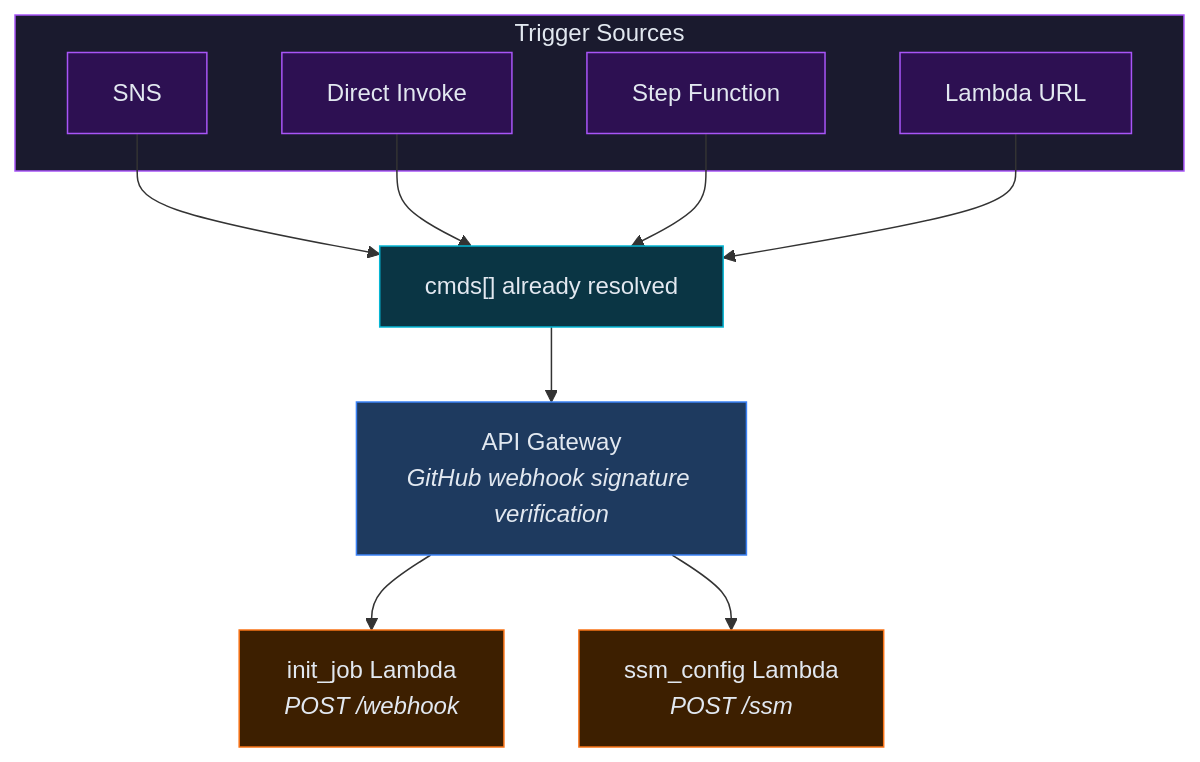
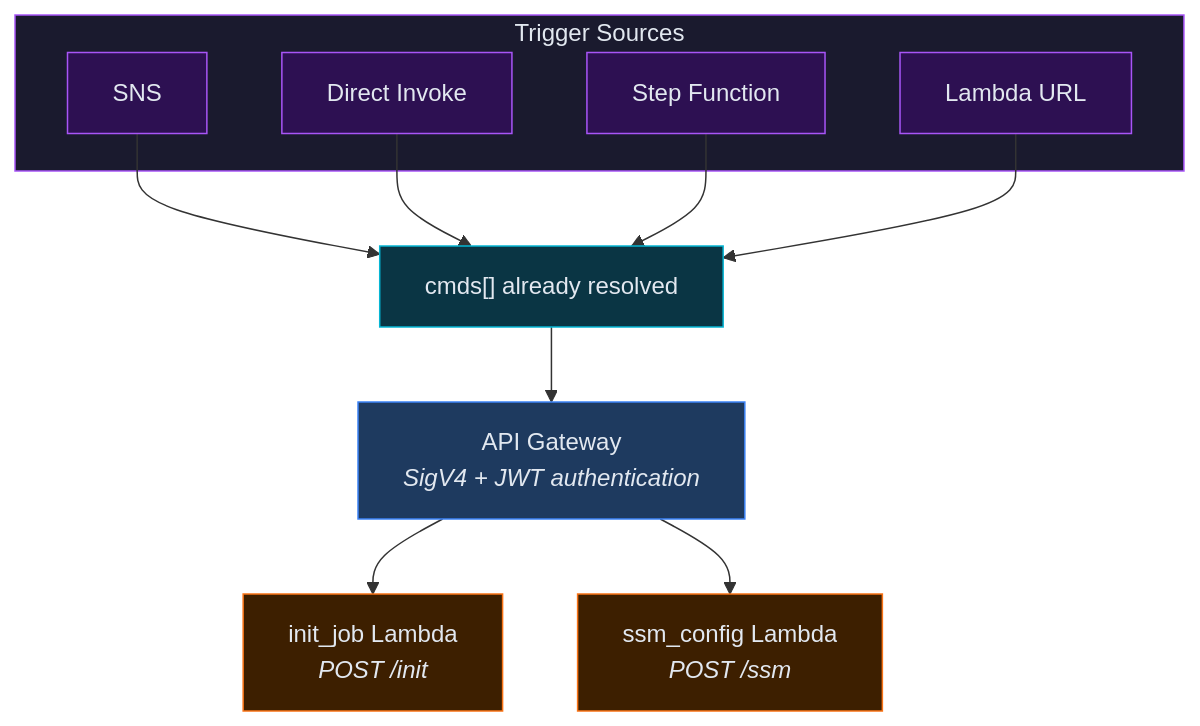
One commit to gear2000/aws-execution-engine changed the first of 37 diagrams in docs/ARCHITECTURE.md. Above: the diagram before and after it, drawn with Mermaid. The commit also changed other lines of this file and 17 other files, not shown here.

First line of the commit message:
Remove all webhook references; system uses SigV4 + JWT contract

````diff
--- a/docs/ARCHITECTURE.md
+++ b/docs/ARCHITECTURE.md
@@ -23,33 +23,33 @@
 ```mermaid
 flowchart TB
     subgraph Triggers["Trigger Sources"]
         SNS["SNS"]
         DI["Direct Invoke"]
         SF["Step Function"]
         LU["Lambda URL"]
     end
 
     Note["cmds[] already resolved"]
 
-    APIGW["API Gateway<br><i>GitHub webhook signature verification</i>"]
-    IJ["init_job Lambda<br><i>POST /webhook</i>"]
+    APIGW["API Gateway<br><i>SigV4 + JWT authentication</i>"]
+    IJ["init_job Lambda<br><i>POST /init</i>"]
     SSMCfg["ssm_config Lambda<br><i>POST /ssm</i>"]
 
     SNS --> Note
     DI --> Note
     SF --> Note
     LU --> Note
     Note --> APIGW
     APIGW --> IJ
     APIGW --> SSMCfg
 
     style SNS fill:#2d1052,stroke:#a855f7,color:#e2e8f0
     style DI fill:#2d1052,stroke:#a855f7,color:#e2e8f0
     style SF fill:#2d1052,stroke:#a855f7,color:#e2e8f0
     style LU fill:#2d1052,stroke:#a855f7,color:#e2e8f0
     style Note fill:#0a3544,stroke:#06b6d4,color:#e2e8f0
     style APIGW fill:#1e3a5f,stroke:#3b82f6,color:#e2e8f0
     style IJ fill:#3d1f00,stroke:#f97316,color:#e2e8f0
     style SSMCfg fill:#3d1f00,stroke:#f97316,color:#e2e8f0
     style Triggers fill:#1a1a2e,stroke:#a855f7,color:#e2e8f0
 ```
````
